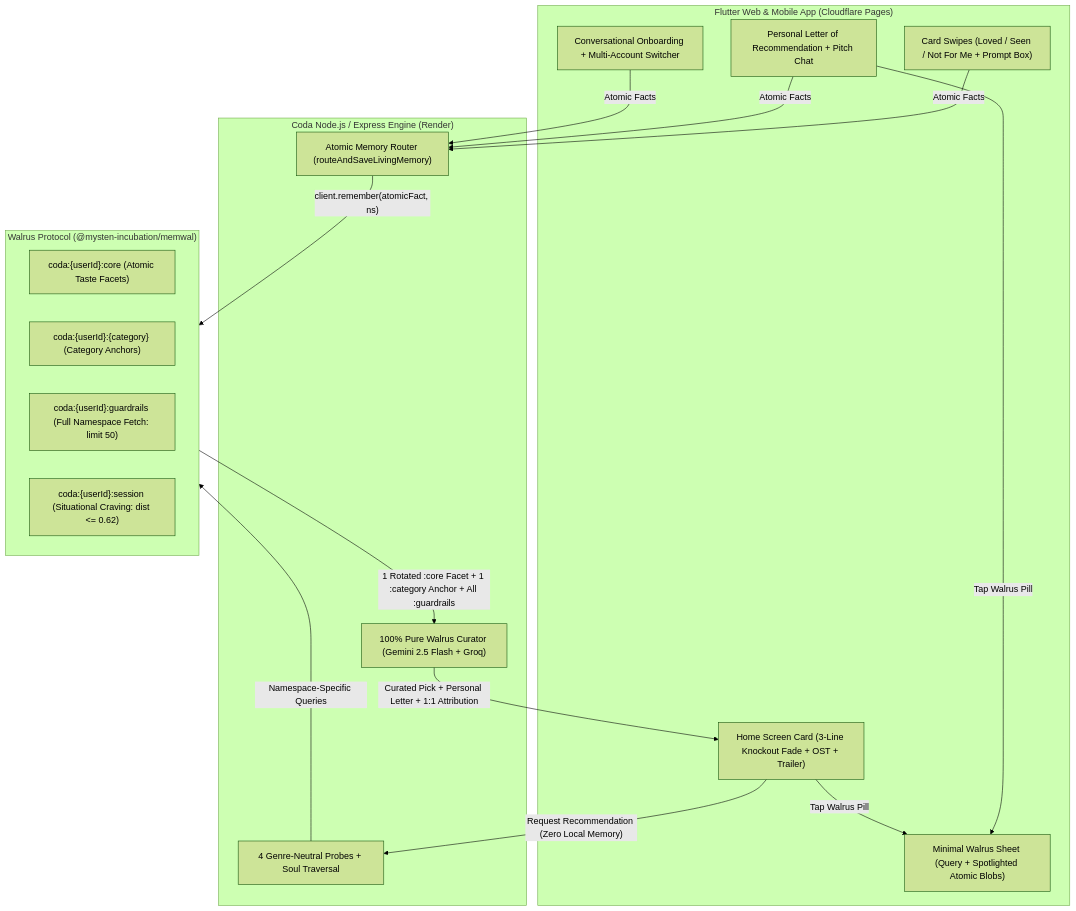
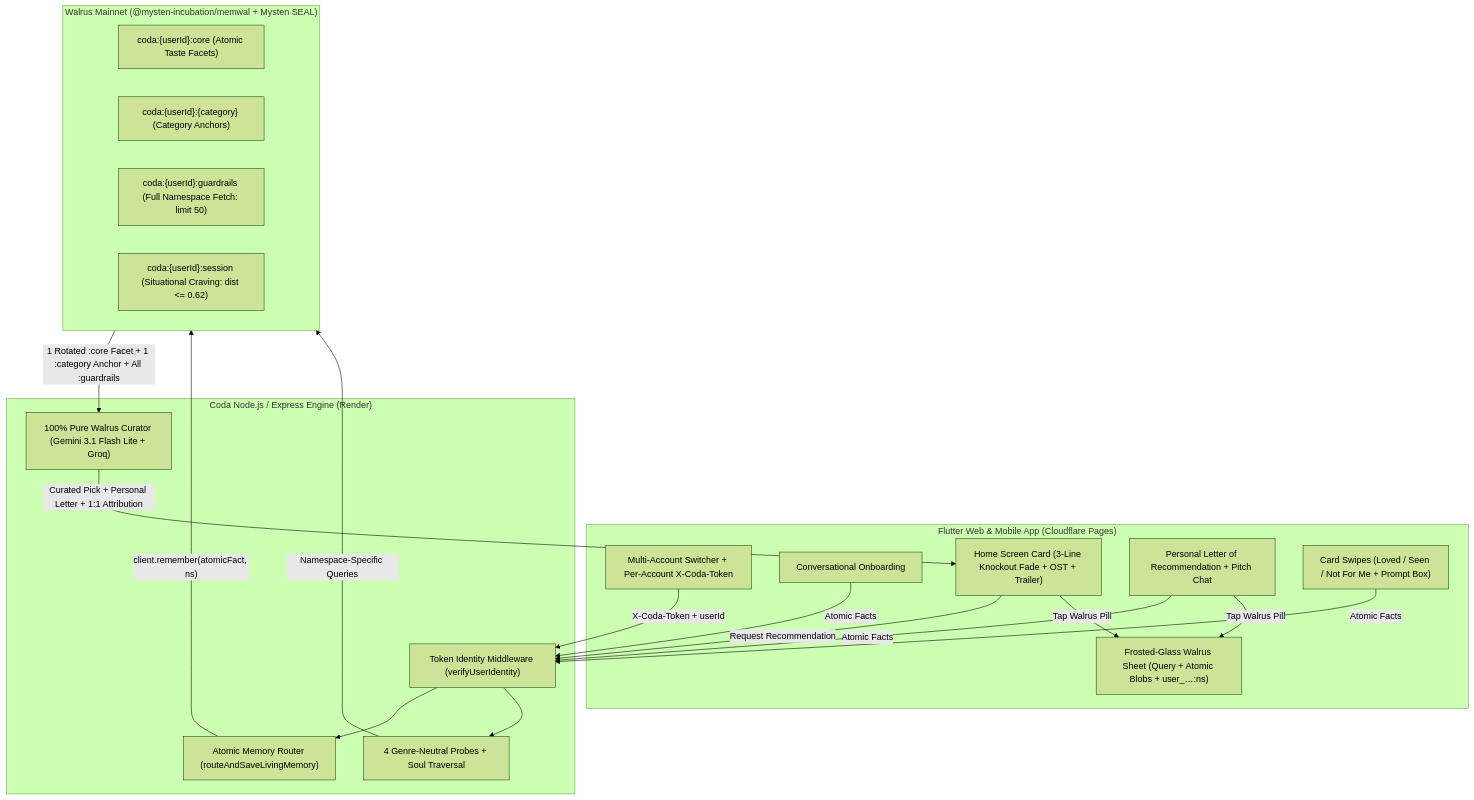
The diagram in README.md (chief-07/Coda-Personal-Media-Taste-Curator), drawn with Mermaid (forest theme) before and after one commit. The commit also changed other lines of this file and 85 other files, not shown here.

Commit message:
fix(walrus): harden P0-P3 security, token auth, Walrus memory routing, and docs

````diff
--- a/README.md
+++ b/README.md
@@ -135,31 +120,34 @@
 ```mermaid
 flowchart TD
     subgraph Frontend["Flutter Web & Mobile App (Cloudflare Pages)"]
-        Onboard["Conversational Onboarding + Multi-Account Switcher"]
+        Auth["Multi-Account Switcher + Per-Account X-Coda-Token"]
+        Onboard["Conversational Onboarding"]
         Card["Home Screen Card (3-Line Knockout Fade + OST + Trailer)"]
         Pitch["Personal Letter of Recommendation + Pitch Chat"]
         Actions["Card Swipes (Loved / Seen / Not For Me + Prompt Box)"]
-        Sheet["Minimal Walrus Sheet (Query + Spotlighted Atomic Blobs)"]
+        Sheet["Frosted-Glass Walrus Sheet (Query + Atomic Blobs + user_…:ns)"]
     end
 
     subgraph Backend["Coda Node.js / Express Engine (Render)"]
+        Verify["Token Identity Middleware (verifyUserIdentity)"]
         Router["Atomic Memory Router (routeAndSaveLivingMemory)"]
         Probes["4 Genre-Neutral Probes + Soul Traversal"]
-        Curator["100% Pure Walrus Curator (Gemini 2.5 Flash + Groq)"]
+        Curator["100% Pure Walrus Curator (Gemini 3.1 Flash Lite + Groq)"]
     end
 
-    subgraph Walrus["Walrus Protocol (@mysten-incubation/memwal)"]
+    subgraph Walrus["Walrus Mainnet (@mysten-incubation/memwal + Mysten SEAL)"]
         NS_Core["coda:{userId}:core (Atomic Taste Facets)"]
         NS_Cat["coda:{userId}:{category} (Category Anchors)"]
         NS_Guard["coda:{userId}:guardrails (Full Namespace Fetch: limit 50)"]
         NS_Session["coda:{userId}:session (Situational Craving: dist <= 0.62)"]
     end
 
-    Onboard & Pitch & Actions -->|"Atomic Facts"| Router
+    Auth -->|"X-Coda-Token + userId"| Verify
+    Onboard & Pitch & Actions -->|"Atomic Facts"| Verify --> Router
     Router -->|"client.remember(atomicFact, ns)"| Walrus
-    Card -->|"Request Recommendation (Zero Local Memory)"| Probes
+    Card -->|"Request Recommendation"| Verify --> Probes
     Probes -->|"Namespace-Specific Queries"| Walrus
     Walrus -->|"1 Rotated :core Facet + 1 :category Anchor + All :guardrails"| Curator
     Curator -->|"Curated Pick + Personal Letter + 1:1 Attribution"| Card
     Card & Pitch -->|"Tap Walrus Pill"| Sheet
 ```
````
